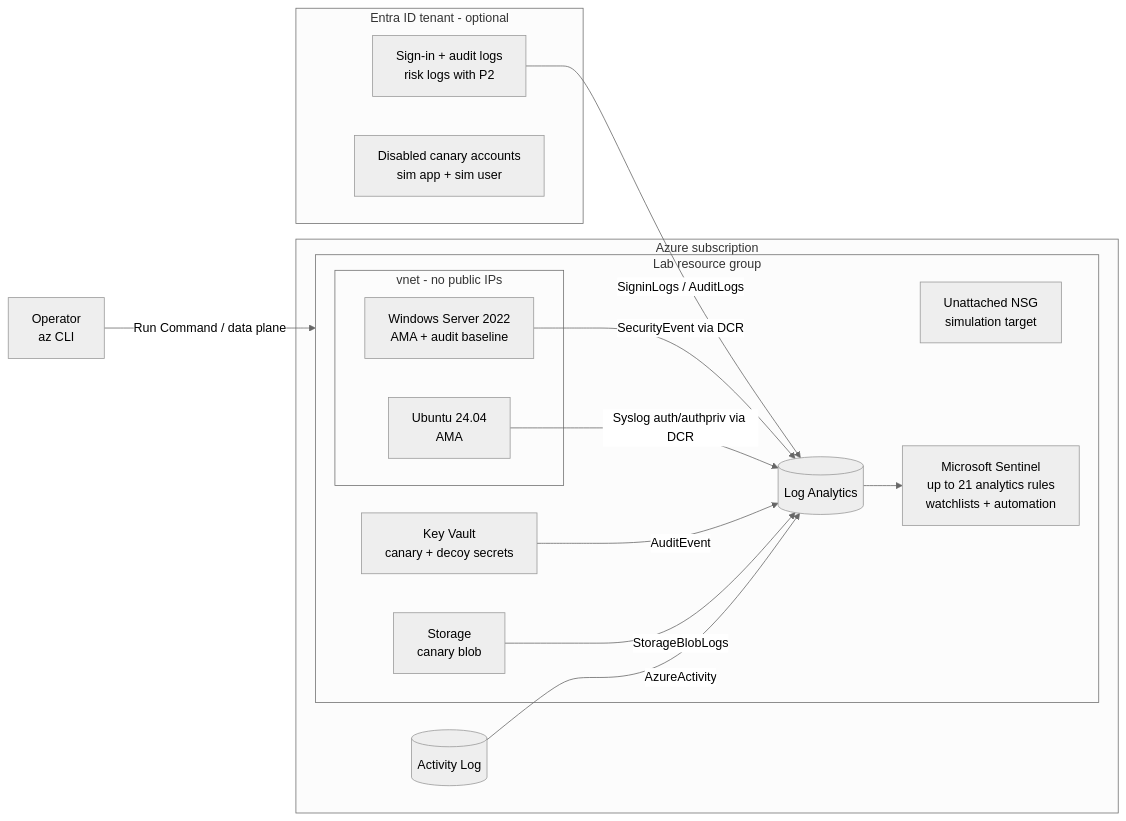
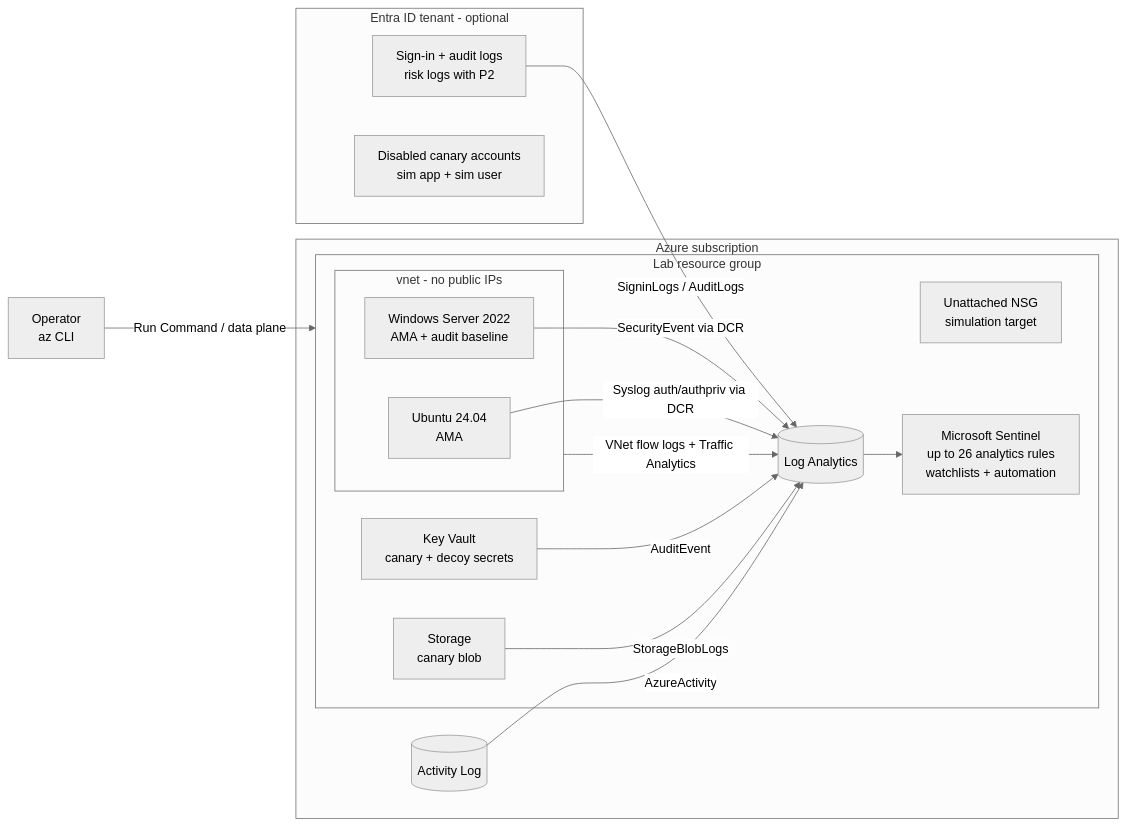
The diagram in README.md (H3llKa1ser/Azure-Detection-Engineering-Lab), drawn with Mermaid (neutral theme) before and after one commit. The commit also changed other lines of this file, not shown here.

First line of the commit message:
Update README with detection count and flow logs

````diff
--- a/README.md
+++ b/README.md
@@ -29,29 +30,30 @@
 ```mermaid
 flowchart LR
     subgraph SUB[Azure subscription]
         AL[(Activity Log)]
         subgraph RG[Lab resource group]
             subgraph VNET[vnet - no public IPs]
                 WIN[Windows Server 2022<br/>AMA + audit baseline]
                 LNX[Ubuntu 24.04<br/>AMA]
             end
             KV[Key Vault<br/>canary + decoy secrets]
             ST[Storage<br/>canary blob]
             NSGSIM[Unattached NSG<br/>simulation target]
             LAW[(Log Analytics)]
-            SEN[Microsoft Sentinel<br/>up to 21 analytics rules<br/>watchlists + automation]
+            SEN[Microsoft Sentinel<br/>up to 26 analytics rules<br/>watchlists + automation]
         end
     end
     subgraph ENTRA[Entra ID tenant - optional]
         SIGN[Sign-in + audit logs<br/>risk logs with P2]
         CAN[Disabled canary accounts<br/>sim app + sim user]
     end
     SIGN -- SigninLogs / AuditLogs --> LAW
     WIN -- SecurityEvent via DCR --> LAW
     LNX -- Syslog auth/authpriv via DCR --> LAW
     KV -- AuditEvent --> LAW
     ST -- StorageBlobLogs --> LAW
     AL -- AzureActivity --> LAW
+    VNET -- VNet flow logs + Traffic Analytics --> LAW
     LAW --> SEN
     OP[Operator<br/>az CLI] -- Run Command / data plane --> RG
 ```
````
